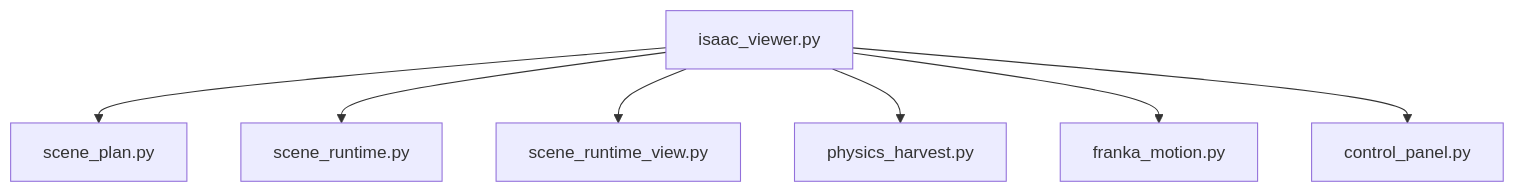
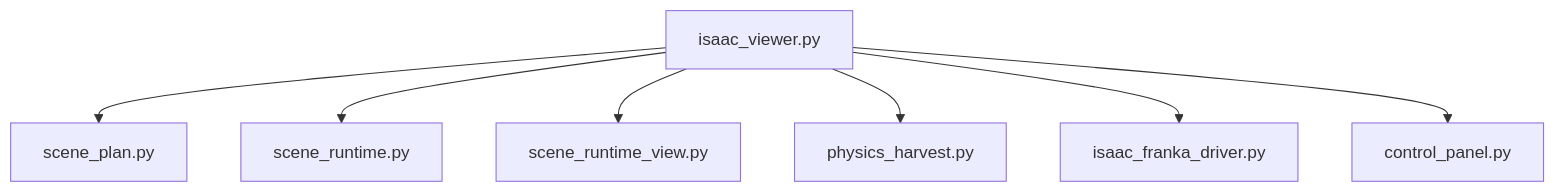
One commit to akodama428/trial_issac_sim changed the first of 5 diagrams in src/tomato_harvest_sim/simulator/README.md. Above: the diagram before and after it, drawn with Mermaid. The commit also changed other lines of this file and 18 other files, not shown here.

````diff
--- a/src/tomato_harvest_sim/simulator/README.md
+++ b/src/tomato_harvest_sim/simulator/README.md
@@ -28,17 +28,17 @@
 ```mermaid
 flowchart TD
   Viewer[isaac_viewer.py]
   Plan[scene_plan.py]
   Runtime[scene_runtime.py]
   Display[scene_runtime_view.py]
   Physics[physics_harvest.py]
-  Motion[franka_motion.py]
+  Driver[isaac_franka_driver.py]
   Panel[control_panel.py]
 
   Viewer --> Plan
   Viewer --> Runtime
   Viewer --> Display
   Viewer --> Physics
-  Viewer --> Motion
+  Viewer --> Driver
   Viewer --> Panel
 ```
````
